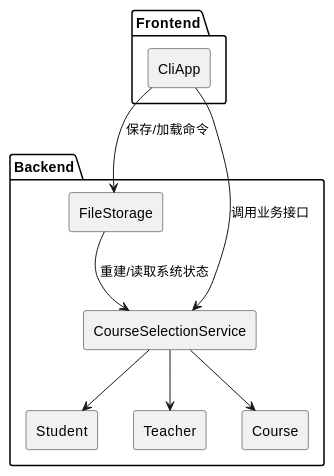
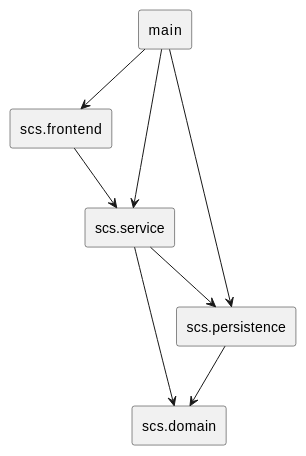
One commit to drychq/Student-course-selection-system changed the diagram in doc/开发文档.md. Above: the diagram before and after it, drawn with PlantUML. The commit also changed other lines of this file and 25 other files, not shown here.

````diff
--- a/doc/开发文档.md
+++ b/doc/开发文档.md
@@ -18,25 +18,14 @@
 ```plantuml
 @startuml
 skinparam componentStyle rectangle
 
-package "Frontend" {
-  [CliApp] as CLI
-}
-
-package "Backend" {
-  [CourseSelectionService] as Service
-  [Student] as Student
-  [Teacher] as Teacher
-  [Course] as Course
-  [FileStorage] as Storage
-}
-
-CLI --> Service : 调用业务接口
-CLI --> Storage : 保存/加载命令
-Storage --> Service : 重建/读取系统状态
-Service --> Student
-Service --> Teacher
-Service --> Course
+[scs.frontend] --> [scs.service]
+[scs.service] --> [scs.persistence]
+[scs.service] --> [scs.domain]
+[scs.persistence] --> [scs.domain]
+[main] --> [scs.frontend]
+[main] --> [scs.persistence]
+[main] --> [scs.service]
 
 @enduml
 ```
````
